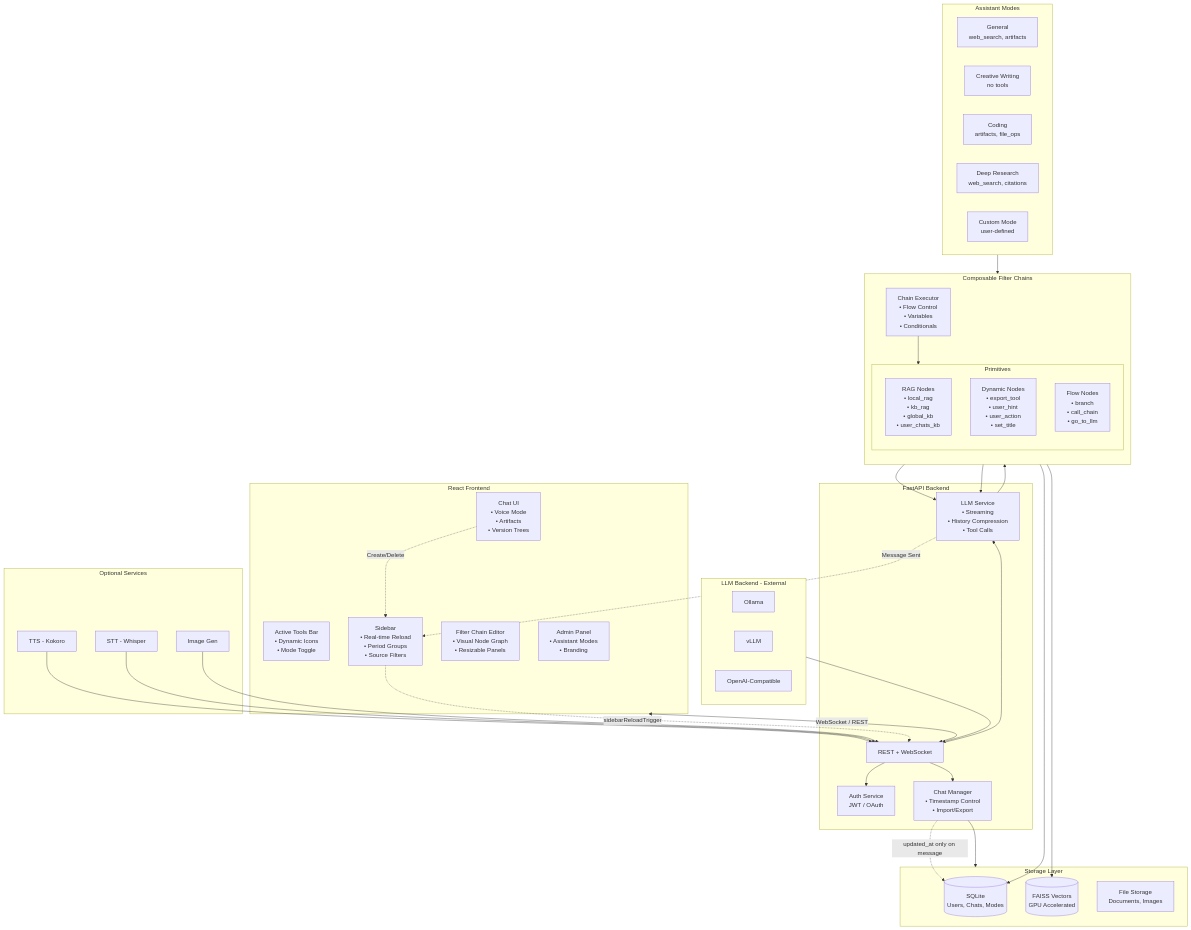
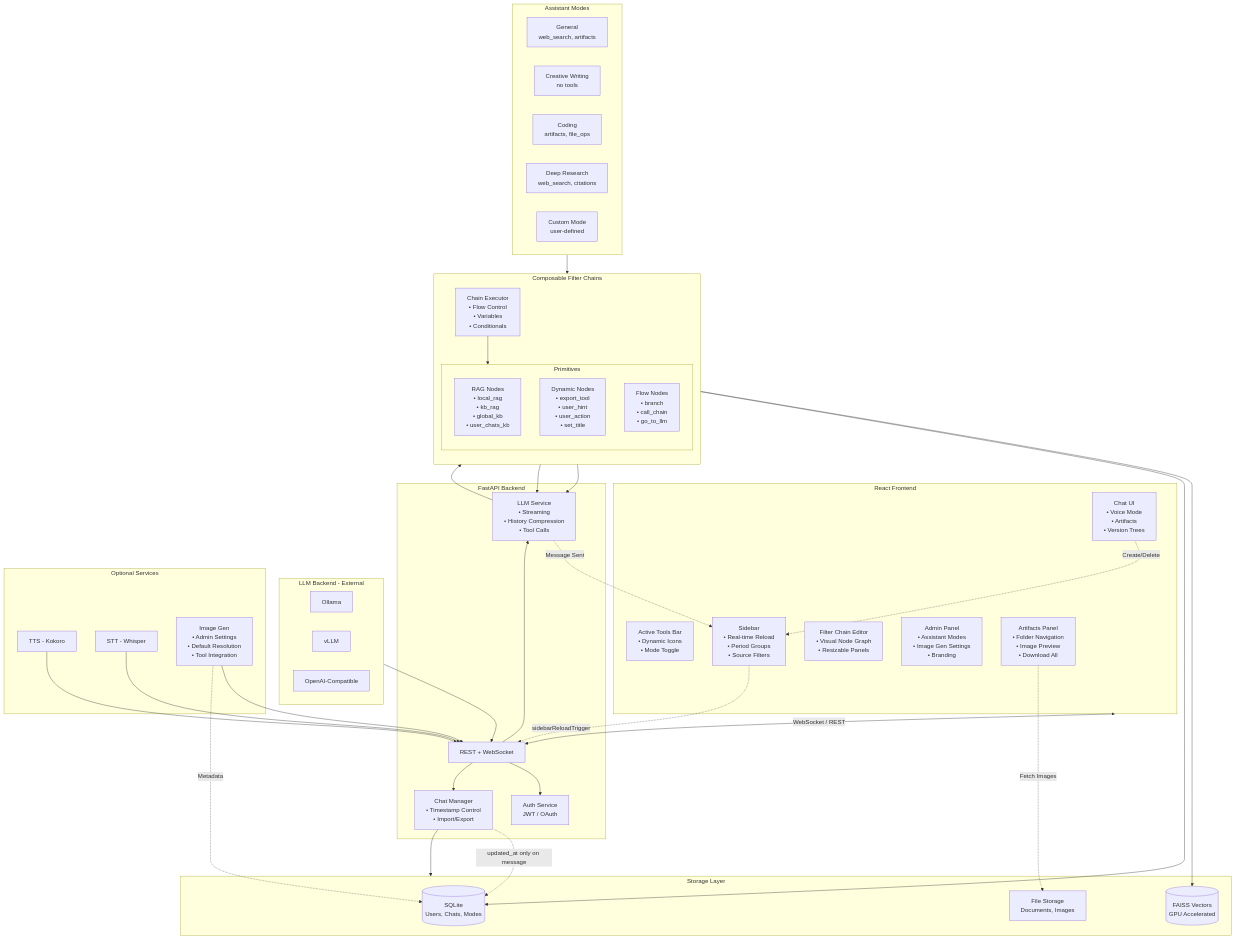
Before and after one commit to philtimmes/open-nuechat: the diagram in README.md, drawn with Mermaid. The commit also changed other lines of this file and 4 other files, not shown here.

Commit message:
Artifacts panel now shows Images, and Download All downloads images, Documentation updates

```diff
--- a/README.md
+++ b/README.md
@@ -47,7 +47,8 @@
         Toolbar[Active Tools Bar<br/>• Dynamic Icons<br/>• Mode Toggle]
         Sidebar[Sidebar<br/>• Real-time Reload<br/>• Period Groups<br/>• Source Filters]
         FlowEdit[Filter Chain Editor<br/>• Visual Node Graph<br/>• Resizable Panels]
-        Admin[Admin Panel<br/>• Assistant Modes<br/>• Branding]
+        Admin[Admin Panel<br/>• Assistant Modes<br/>• Image Gen Settings<br/>• Branding]
+        ArtifactsPanel[Artifacts Panel<br/>• Folder Navigation<br/>• Image Preview<br/>• Download All]
     end
 
     %% ===== Backend Core =====
@@ -90,7 +91,7 @@
     subgraph MS[Optional Services]
         TTS[TTS - Kokoro]
         STT[STT - Whisper]
-        IMG[Image Gen]
+        IMG[Image Gen<br/>• Admin Settings<br/>• Default Resolution<br/>• Tool Integration]
     end
 
     %% ===== Connections =====
@@ -117,6 +118,10 @@
 
     ChatMgr --> STORE
     
+    %% Image persistence (NC-0.8.0.7)
+    IMG -.-> |Metadata| SQLite
+    ArtifactsPanel -.-> |Fetch Images| Files
+    
     %% Sidebar real-time updates (NC-0.8.0.3)
     UI -.-> |Create/Delete| Sidebar
     LLM -.-> |Message Sent| Sidebar
```
